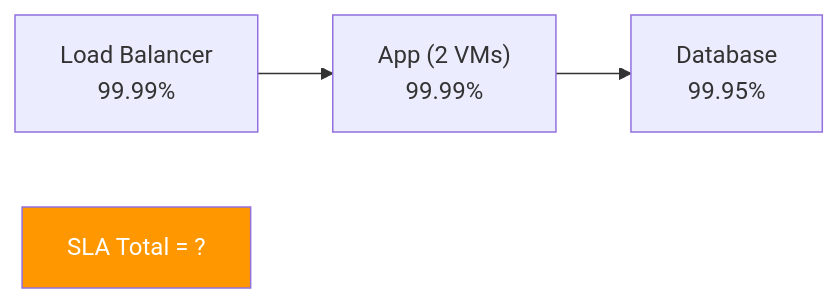
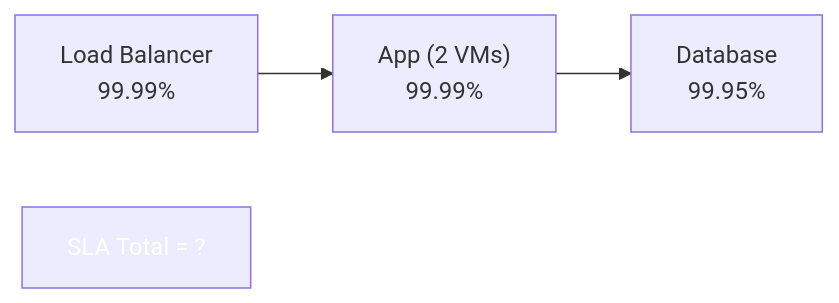
The second of 14 diagrams in docs/formations/cloud-fundamentals/05-module.md (VBlackJack/ShellBook), drawn with Mermaid before and after one commit. The commit also changed other lines of this file and 337 other files, not shown here.

First line of the commit message:
refactor(docs): Standardize code blocks and Mermaid colors

````diff
--- a/docs/formations/cloud-fundamentals/05-module.md
+++ b/docs/formations/cloud-fundamentals/05-module.md
@@ -74,9 +74,9 @@
 ```mermaid
 graph LR
     LB["Load Balancer<br/>99.99%"] --> APP["App (2 VMs)<br/>99.99%"]
     APP --> DB["Database<br/>99.95%"]
 
     TOTAL["SLA Total = ?"]
 
-    style TOTAL fill:#ff9800,color:#fff
+    style TOTAL fill:#FF9800800800,color:#fff
 ```
````
